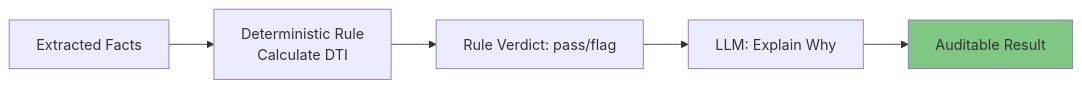
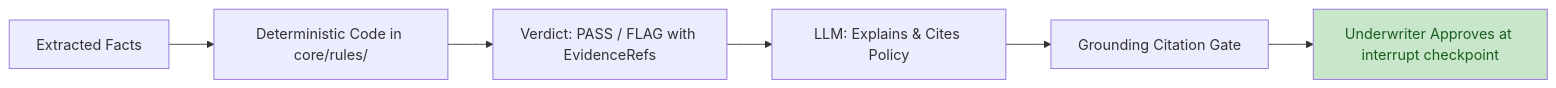
The eighth of 8 diagrams in docs/langgraph_workflow.md (maczeo11/loan-doc-processing-agent), drawn with Mermaid before and after one commit. The commit also changed other lines of this file, not shown here.

Commit message:
docs: update LangGraph workflow documentation with authoritative Mermaid diagrams

````diff
--- a/docs/langgraph_workflow.md
+++ b/docs/langgraph_workflow.md
@@ -422,9 +342,9 @@
 ```mermaid
 graph LR
-    A[Extracted Facts] --> B[Deterministic Rule<br/>Calculate DTI]
-    B --> C[Rule Verdict: pass/flag]
-    C --> D[LLM: Explain Why]
-    D --> E[Auditable Result]
-    
-    style E fill:#81C784
+    Facts[Extracted Facts] --> Rules[Deterministic Code in core/rules/]
+    Rules --> Verdict[Verdict: PASS / FLAG with EvidenceRefs]
+    Verdict --> LLM[LLM: Explains & Cites Policy]
+    LLM --> Gate[Grounding Citation Gate]
+    Gate --> Human[Underwriter Approves at interrupt checkpoint]
+    style Human fill:#C8E6C9,color:#1B5E20
 ```
````
